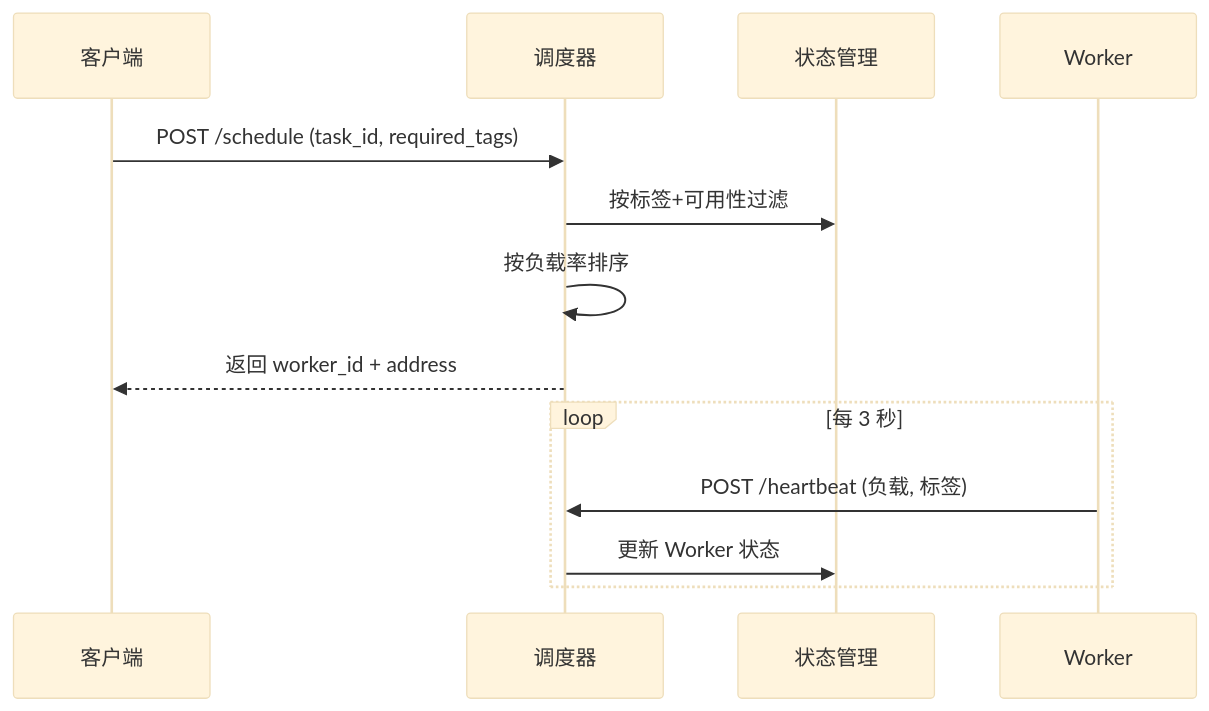
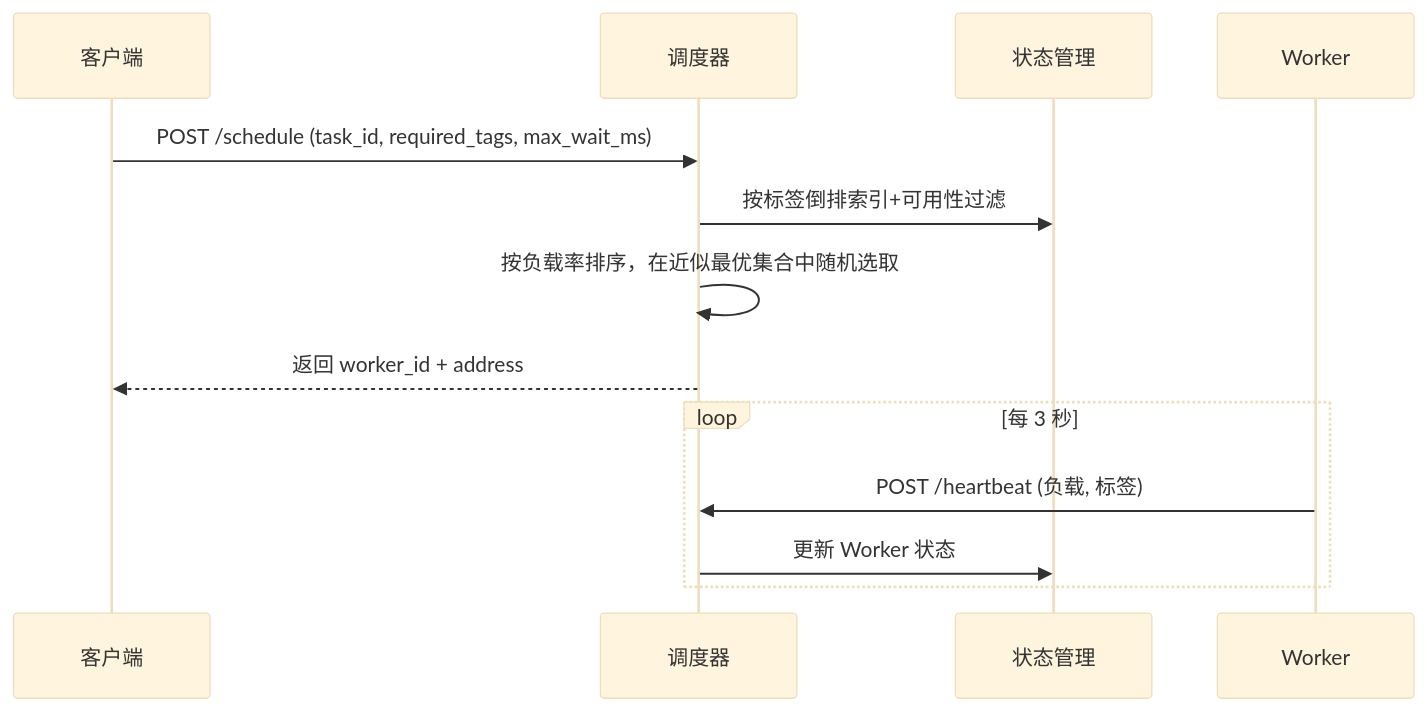
Before and after one commit to chicogong/dtask-scheduler: the second of 2 diagrams in README_ZH.md, drawn with Mermaid (base theme). The commit also changed other lines of this file and 33 other files, not shown here.

````diff
--- a/README_ZH.md
+++ b/README_ZH.md
@@ -80,17 +86,17 @@
 ```mermaid
 sequenceDiagram
     participant Client as 客户端
     participant Scheduler as 调度器
     participant State as 状态管理
     participant Worker as Worker
 
-    Client->>Scheduler: POST /schedule (task_id, required_tags)
-    Scheduler->>State: 按标签+可用性过滤
-    Scheduler->>Scheduler: 按负载率排序
+    Client->>Scheduler: POST /schedule (task_id, required_tags, max_wait_ms)
+    Scheduler->>State: 按标签倒排索引+可用性过滤
+    Scheduler->>Scheduler: 按负载率排序，在近似最优集合中随机选取
     Scheduler-->>Client: 返回 worker_id + address
 
     loop 每 3 秒
         Worker->>Scheduler: POST /heartbeat (负载, 标签)
         Scheduler->>State: 更新 Worker 状态
     end
 ```
````
